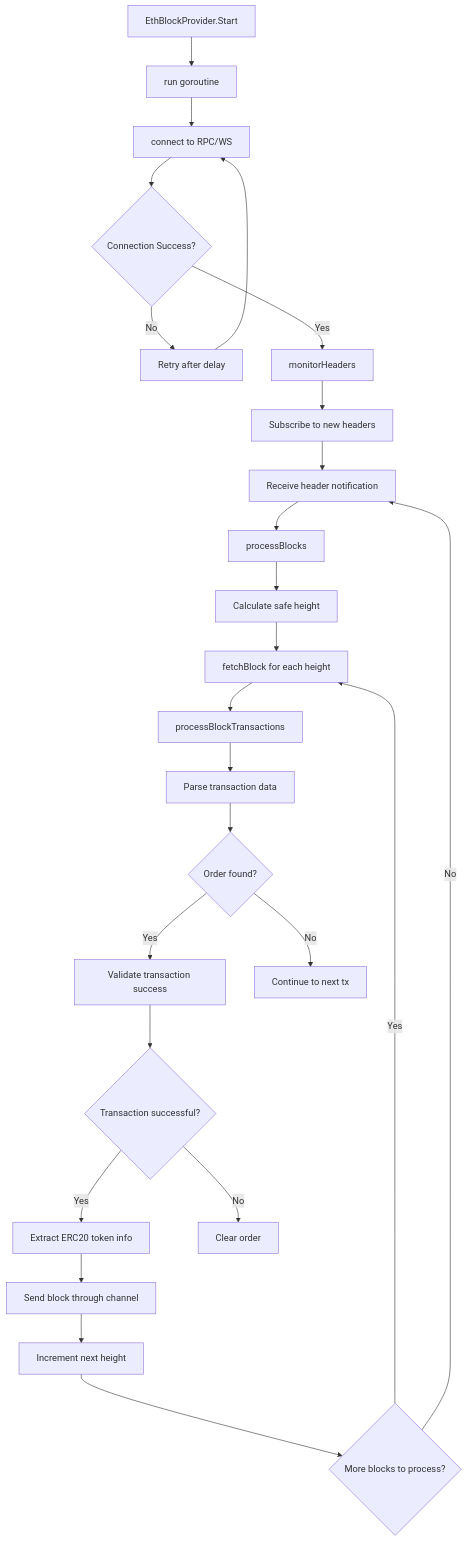
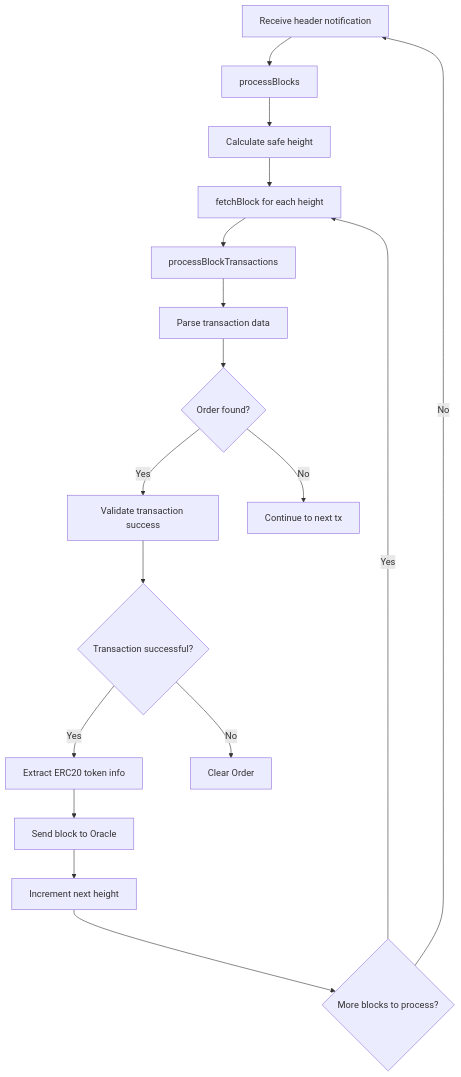
One commit to canopy-network/canopy changed the first of 6 diagrams in cmd/rpc/oracle/eth/ETH_FLOW.md. Above: the diagram before and after it, drawn with Mermaid. The commit also changed other lines of this file and 1 other file, not shown here.

````diff
--- a/cmd/rpc/oracle/eth/ETH_FLOW.md
+++ b/cmd/rpc/oracle/eth/ETH_FLOW.md
@@ -10,27 +9,20 @@
 ```mermaid
 graph TD
-    A[EthBlockProvider.Start] --> B[run goroutine]
-    B --> C[connect to RPC/WS]
-    C --> D{Connection Success?}
-    D -->|No| E[Retry after delay]
-    E --> C
-    D -->|Yes| F[monitorHeaders]
-    F --> G[Subscribe to new headers]
-    G --> H[Receive header notification]
+    H[Receive header notification]
     H --> I[processBlocks]
     I --> J[Calculate safe height]
     J --> K[fetchBlock for each height]
     K --> L[processBlockTransactions]
     L --> M[Parse transaction data]
     M --> N{Order found?}
     N -->|Yes| O[Validate transaction success]
     N -->|No| P[Continue to next tx]
     O --> Q{Transaction successful?}
     Q -->|Yes| R[Extract ERC20 token info]
-    Q -->|No| S[Clear order]
-    R --> T[Send block through channel]
+    Q -->|No| S[Clear Order]
+    R --> T[Send block to Oracle]
     T --> U[Increment next height]
     U --> V{More blocks to process?}
     V -->|Yes| K
     V -->|No| H
 ```
````
